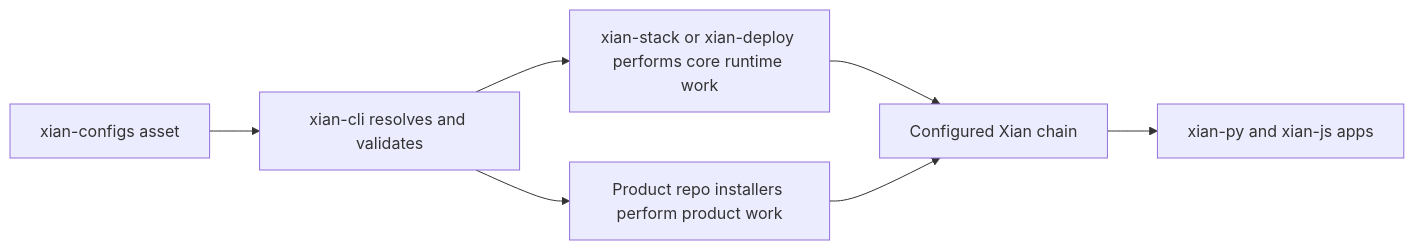
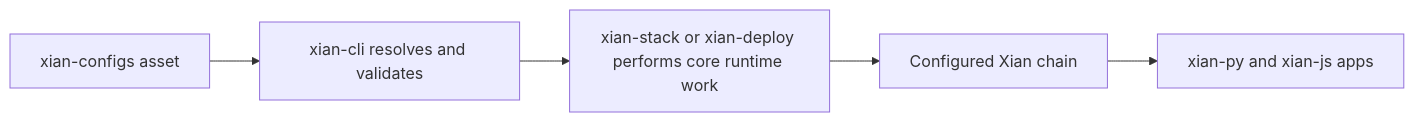
One commit to xian-technology/xian-configs changed the diagram in README.md. Above: the diagram before and after it, drawn with Mermaid. The commit also changed other lines of this file and 41 other files, not shown here.

````diff
--- a/README.md
+++ b/README.md
@@ -56,9 +47,7 @@
 ```mermaid
 flowchart LR
   Asset["xian-configs asset"] --> CLI["xian-cli resolves and validates"]
   CLI --> Runtime["xian-stack or xian-deploy performs core runtime work"]
-  CLI --> ProductRepo["Product repo installers perform product work"]
   Runtime --> Chain["Configured Xian chain"]
-  ProductRepo --> Chain
   Chain --> Apps["xian-py and xian-js apps"]
 ```
````
